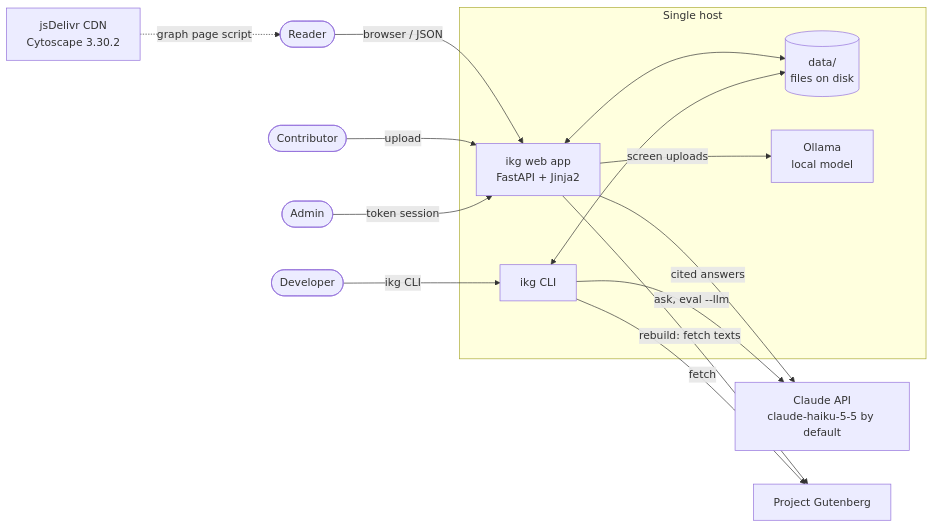
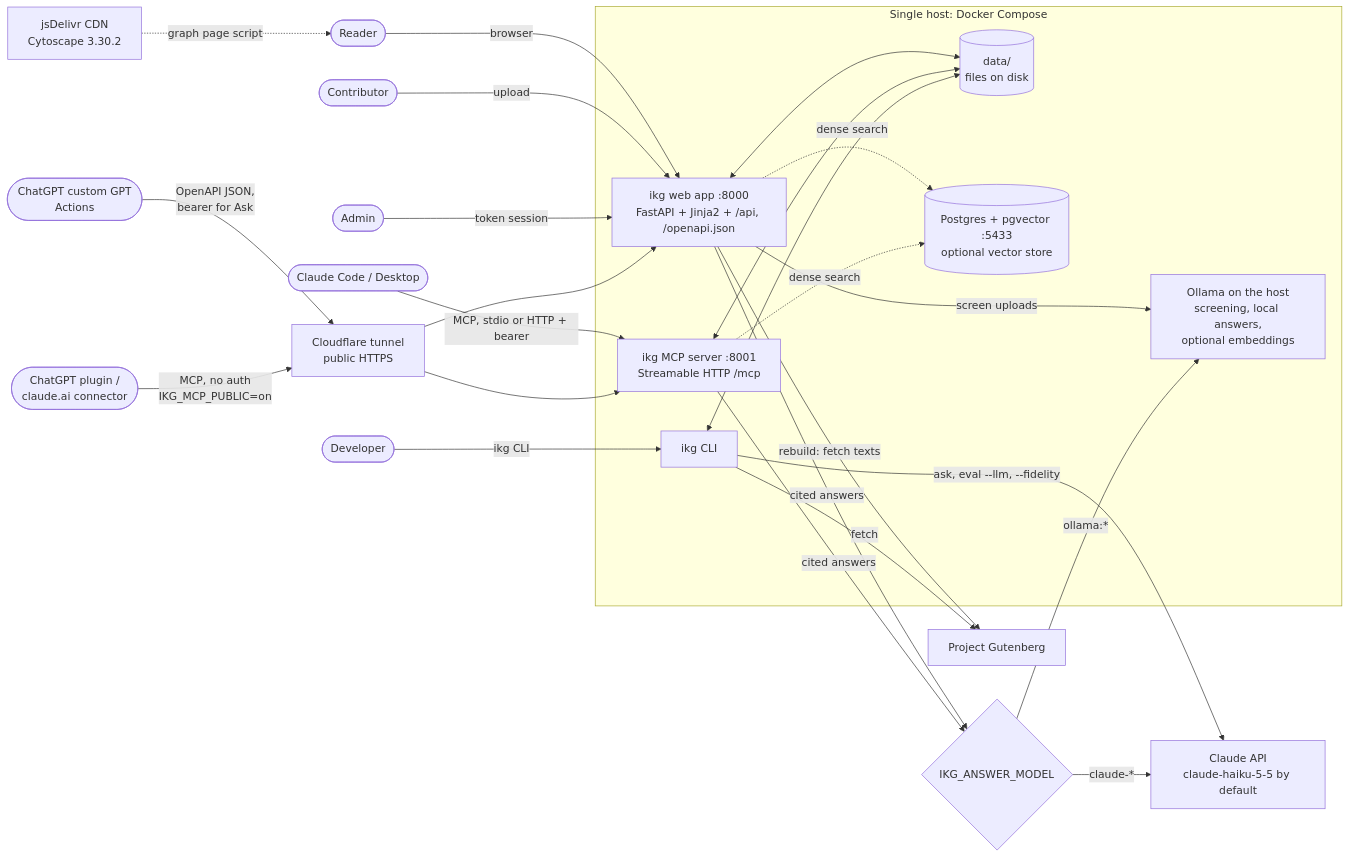
The first of 7 diagrams in docs/02-architecture.md (vkonda2000/indic-knowledge-graph), drawn with Mermaid before and after one commit. The commit also changed other lines of this file and 2 other files, not shown here.

First line of the commit message:
docs: architecture and workflow diagrams for the MCP server, GPT Actions and tunnels

````diff
--- a/docs/02-architecture.md
+++ b/docs/02-architecture.md
@@ -5,23 +5,32 @@
 ```mermaid
 flowchart LR
-    reader([Reader]) -->|browser / JSON| app
+    reader([Reader]) -->|browser| app
     contributor([Contributor]) -->|upload| app
     admin([Admin]) -->|token session| app
     dev([Developer]) -->|ikg CLI| cli
+    cc([Claude Code / Desktop]) -->|MCP, stdio or HTTP + bearer| mcp
+    gpt([ChatGPT custom GPT<br/>Actions]) -->|OpenAPI JSON,<br/>bearer for Ask| tunnel
+    gptmcp([ChatGPT plugin /<br/>claude.ai connector]) -->|MCP, no auth<br/>IKG_MCP_PUBLIC=on| tunnel
 
-    subgraph host[Single host]
-        app[ikg web app<br/>FastAPI + Jinja2]
+    tunnel[Cloudflare tunnel<br/>public HTTPS] --> app & mcp
+
+    subgraph host[Single host: Docker Compose]
+        app[ikg web app :8000<br/>FastAPI + Jinja2 + /api, /openapi.json]
+        mcp[ikg MCP server :8001<br/>Streamable HTTP /mcp]
         cli[ikg CLI]
         data[(data/<br/>files on disk)]
-        ollama[Ollama<br/>local model]
+        pg[(Postgres + pgvector :5433<br/>optional vector store)]
+        ollama[Ollama on the host<br/>screening, local answers,<br/>optional embeddings]
     end
 
-    app <--> data
-    cli <--> data
+    app & mcp & cli <--> data
+    app & mcp -.->|dense search| pg
     app -->|screen uploads| ollama
-    app -->|cited answers| claude[Claude API<br/>claude-haiku-5-5 by default]
-    cli -->|ask, eval --llm| claude
+    app & mcp -->|cited answers| model{IKG_ANSWER_MODEL}
+    model -->|claude-*| claude[Claude API<br/>claude-haiku-5-5 by default]
+    model -->|ollama:*| ollama
+    cli -->|ask, eval --llm, --fidelity| claude
     app -->|rebuild: fetch texts| gutenberg[Project Gutenberg]
     cli -->|fetch| gutenberg
     browser_cdn[jsDelivr CDN<br/>Cytoscape 3.30.2] -.->|graph page script| reader
 ```
````
